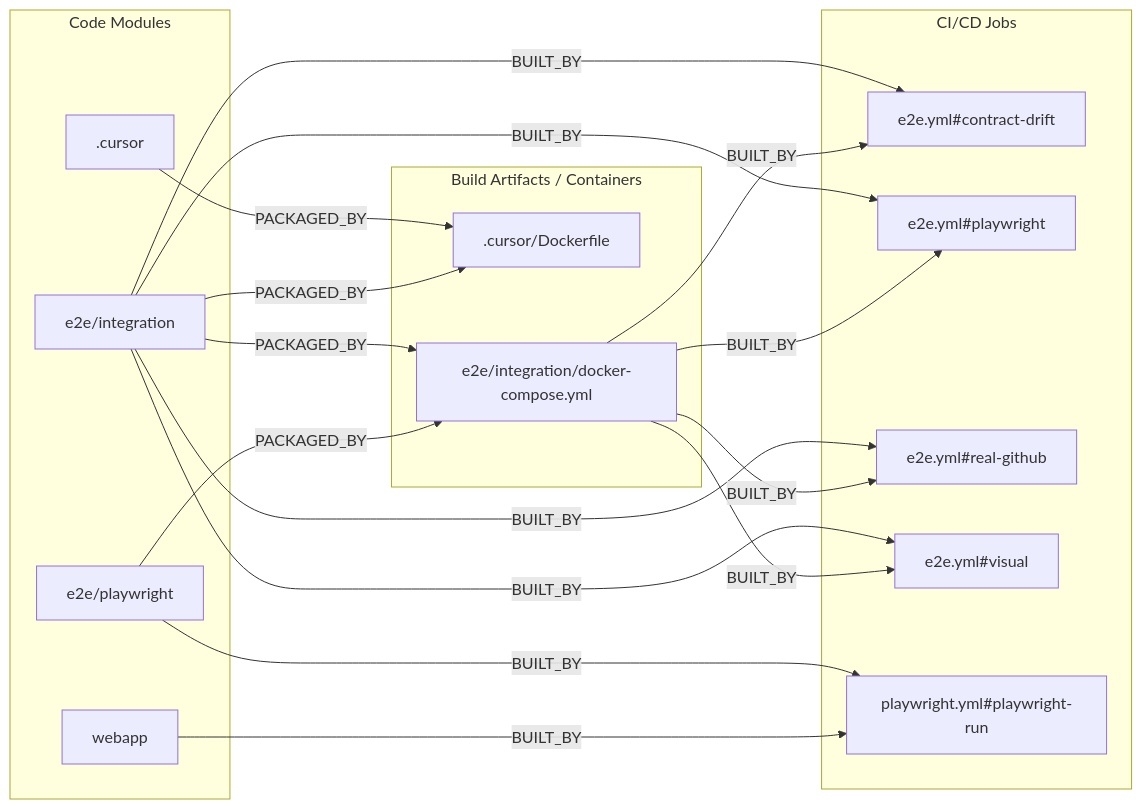
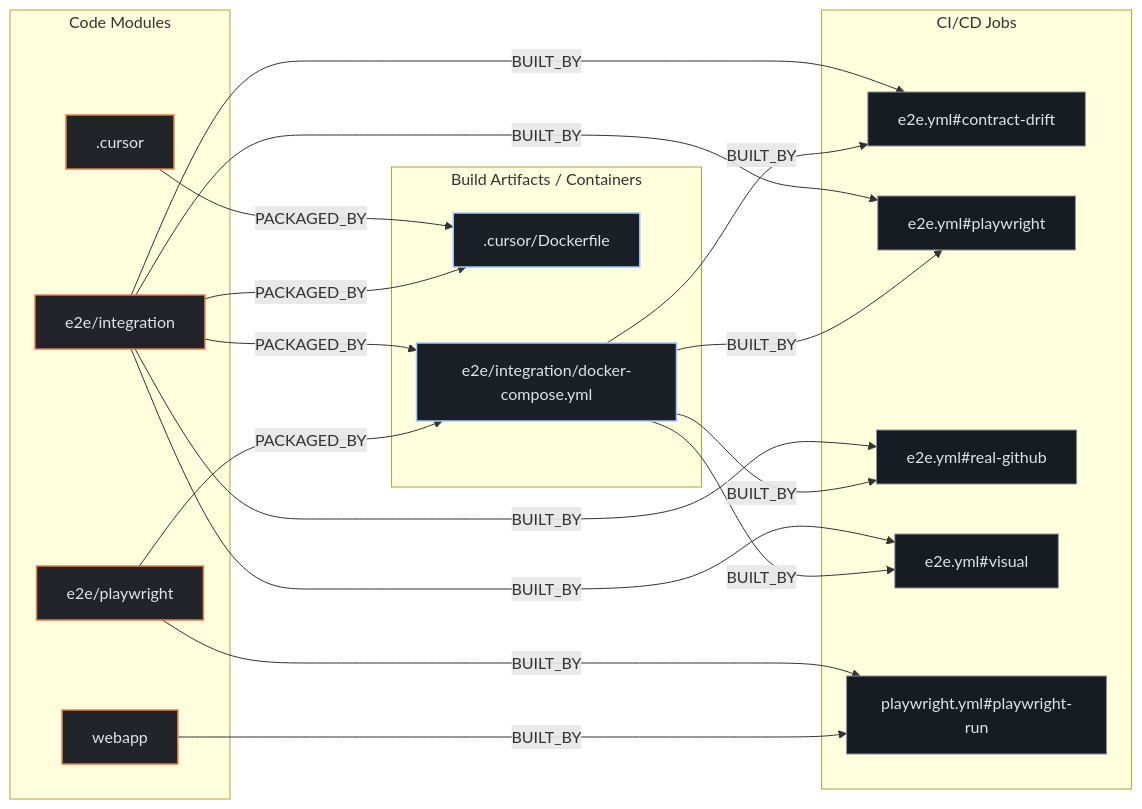
Before and after one commit to kumarshaz/atruss-code-atlas: the second of 3 diagrams in exports/latest/reports/mattermost-mattermost-plugin-github-report.md, drawn with Mermaid. The commit also changed other lines of this file and 331 other files, not shown here.

Commit message:
docs,ui,fix: update SDLC docs, reorder CI/CD DAG first, stylize Mermaid, and fix Arc42 pipeline topology

````diff
--- a/exports/latest/reports/mattermost-mattermost-plugin-github-report.md
+++ b/exports/latest/reports/mattermost-mattermost-plugin-github-report.md
@@ -148,34 +155,38 @@
 ```mermaid
 flowchart LR
+    classDef atlasCategory fill:#212428,stroke:#E87A48,stroke-width:1.5px,color:#dfe3eb
+    classDef atlasWorkflow fill:#1b2026,stroke:#a3c9ff,stroke-width:1.5px,color:#dfe3eb
+    classDef atlasJob fill:#171c22,stroke:#8d9199,stroke-width:1px,color:#dfe3eb
+    classDef atlasTarget fill:#005227,stroke:#8bd99b,stroke-width:1.5px,color:#a7f6b6
     subgraph code_modules["Code Modules"]
-        mod__cursor[".cursor"]
-        mod_e2e_integration["e2e/integration"]
-        mod_e2e_playwright["e2e/playwright"]
-        mod_webapp["webapp"]
+        mod__cursor[".cursor"]:::atlasCategory
+        mod_e2e_integration["e2e/integration"]:::atlasCategory
+        mod_e2e_playwright["e2e/playwright"]:::atlasCategory
+        mod_webapp["webapp"]:::atlasCategory
     end
     subgraph build_artifacts["Build Artifacts / Containers"]
-        art__cursor_Dockerfile[".cursor/Dockerfile"]
-        art_e2e_integration_docker_compose_yml["e2e/integration/docker-compose.yml"]
+        art__cursor_Dockerfile[".cursor/Dockerfile"]:::atlasWorkflow
+        art_e2e_integration_docker_compose_yml["e2e/integration/docker-compose.yml"]:::atlasWorkflow
     end
     subgraph ci_jobs["CI/CD Jobs"]
-        job_e2e_yml_contract_drift["e2e.yml#contract-drift"]
-        job_e2e_yml_playwright["e2e.yml#playwright"]
-        job_e2e_yml_real_github["e2e.yml#real-github"]
-        job_e2e_yml_visual["e2e.yml#visual"]
-        job_playwright_yml_playwright_run["playwright.yml#playwright-run"]
+        job_e2e_yml_contract_drift["e2e.yml#contract-drift"]:::atlasJob
+        job_e2e_yml_playwright["e2e.yml#playwright"]:::atlasJob
+        job_e2e_yml_real_github["e2e.yml#real-github"]:::atlasJob
+        job_e2e_yml_visual["e2e.yml#visual"]:::atlasJob
+        job_playwright_yml_playwright_run["playwright.yml#playwright-run"]:::atlasJob
     end
     mod__cursor -->|PACKAGED_BY| art__cursor_Dockerfile
     mod_e2e_integration -->|BUILT_BY| job_e2e_yml_contract_drift
     mod_e2e_integration -->|BUILT_BY| job_e2e_yml_playwright
     mod_e2e_integration -->|BUILT_BY| job_e2e_yml_real_github
     mod_e2e_integration -->|BUILT_BY| job_e2e_yml_visual
     mod_e2e_integration -->|PACKAGED_BY| art__cursor_Dockerfile
     mod_e2e_integration -->|PACKAGED_BY| art_e2e_integration_docker_compose_yml
     mod_e2e_playwright -->|BUILT_BY| job_playwright_yml_playwright_run
     mod_e2e_playwright -->|PACKAGED_BY| art_e2e_integration_docker_compose_yml
     mod_webapp -->|BUILT_BY| job_playwright_yml_playwright_run
     art_e2e_integration_docker_compose_yml -->|BUILT_BY| job_e2e_yml_contract_drift
     art_e2e_integration_docker_compose_yml -->|BUILT_BY| job_e2e_yml_playwright
     art_e2e_integration_docker_compose_yml -->|BUILT_BY| job_e2e_yml_real_github
     art_e2e_integration_docker_compose_yml -->|BUILT_BY| job_e2e_yml_visual
 ```
````
